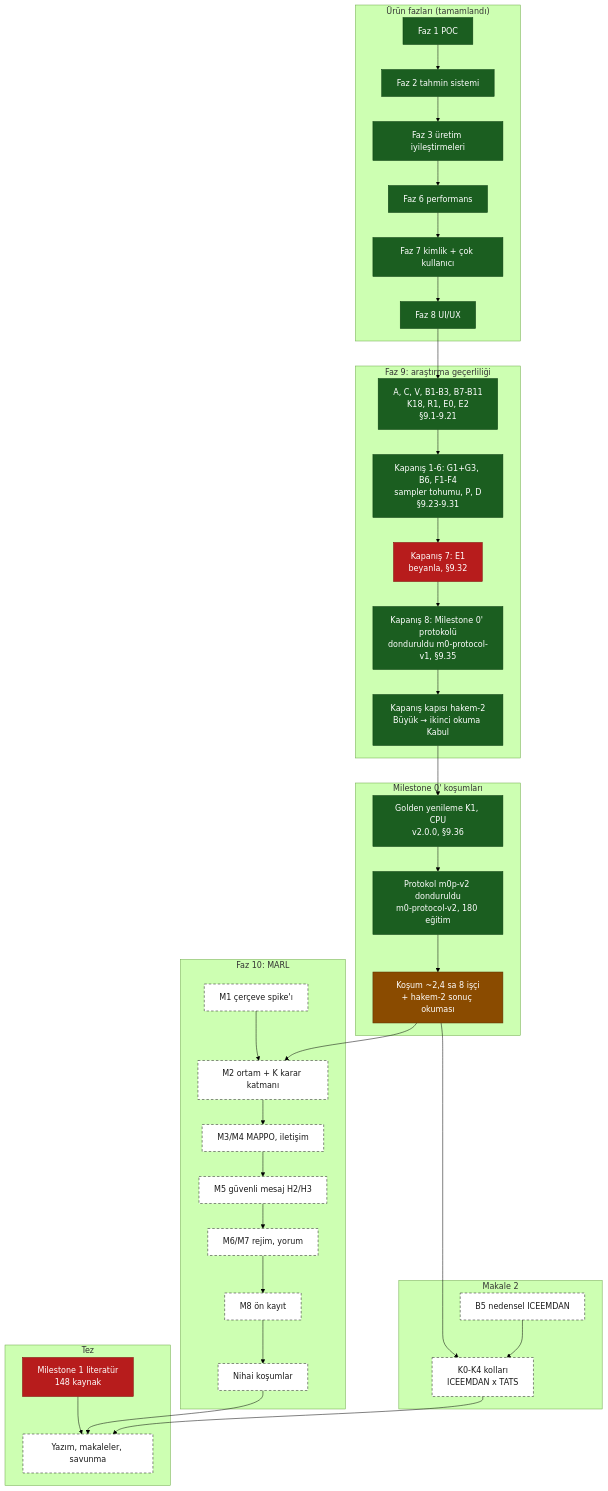
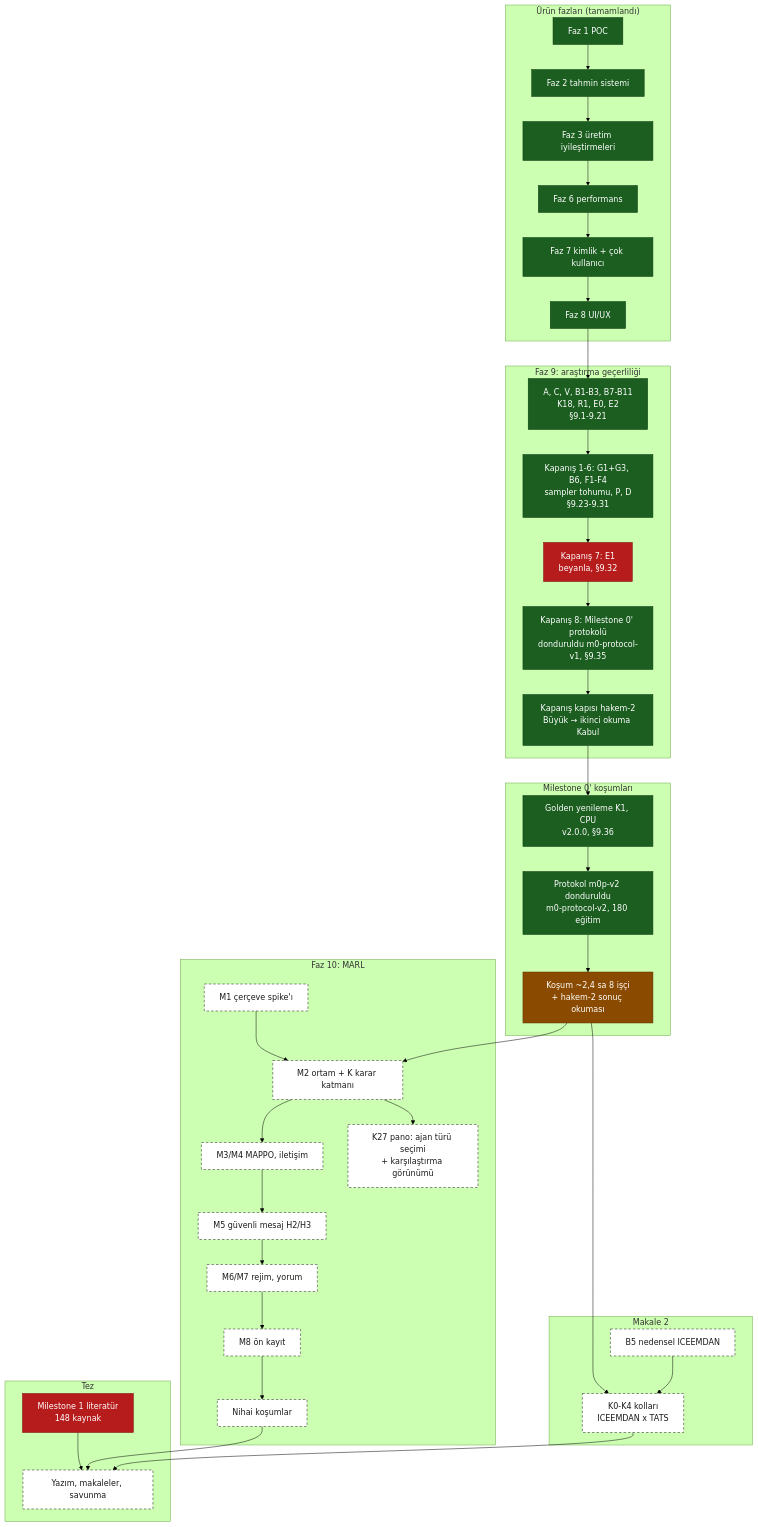
Before and after one commit to softdevcan/RL-Trading-Project: the second of 2 diagrams in docs/development/system-map.md, drawn with Mermaid (forest theme). The commit also changed other lines of this file and 1 other file, not shown here.

Commit message:
docs: Faz 10 K27 — pano ajan turu secimi (tek ajan / SARL / MARL) + yalniz esit kosullu karsilastirma gorunumu (kullanici karari)

````diff
--- a/docs/development/system-map.md
+++ b/docs/development/system-map.md
@@ -112,61 +112,63 @@
 ```mermaid
 flowchart TB
   classDef done fill:#1b5e20,stroke:#0b3d10,color:#ffffff
   classDef partial fill:#b71c1c,stroke:#7f0000,color:#ffffff
   classDef active fill:#8a4b00,stroke:#5a3000,color:#ffffff
   classDef decision fill:#4a148c,stroke:#2a0060,color:#ffffff
   classDef planned fill:#ffffff,stroke:#1a1a1a,stroke-dasharray:5 4,color:#1a1a1a
 
   subgraph URUN["Ürün fazları (tamamlandı)"]
     F1["Faz 1 POC"]:::done
     F2["Faz 2 tahmin sistemi"]:::done
     F3["Faz 3 üretim iyileştirmeleri"]:::done
     F6["Faz 6 performans"]:::done
     F7["Faz 7 kimlik + çok kullanıcı"]:::done
     F8["Faz 8 UI/UX"]:::done
   end
 
   subgraph F9["Faz 9: araştırma geçerliliği"]
     P9A["A, C, V, B1-B3, B7-B11<br/>K18, R1, E0, E2<br/>§9.1-9.21"]:::done
     P9B["Kapanış 1-6: G1+G3, B6, F1-F4<br/>sampler tohumu, P, D<br/>§9.23-9.31"]:::done
     P9E["Kapanış 7: E1<br/>beyanla, §9.32"]:::partial
     P9M["Kapanış 8: Milestone 0' protokolü<br/>donduruldu m0-protocol-v1, §9.35"]:::done
     H2["Kapanış kapısı hakem-2<br/>Büyük → ikinci okuma Kabul"]:::done
   end
 
   subgraph M0["Milestone 0' koşumları"]
     GOLD["Golden yenileme K1, CPU<br/>v2.0.0, §9.36"]:::done
     PRE["Protokol m0p-v2 donduruldu<br/>m0-protocol-v2, 180 eğitim"]:::done
     FIN["Koşum ~2,4 sa 8 işçi<br/>+ hakem-2 sonuç okuması"]:::active
   end
 
   subgraph M2P["Makale 2"]
     B5["B5 nedensel ICEEMDAN"]:::planned
     K0K4["K0-K4 kolları<br/>ICEEMDAN x TATS"]:::planned
   end
 
   subgraph F10["Faz 10: MARL"]
     M1["M1 çerçeve spike'ı"]:::planned
     M2["M2 ortam + K karar katmanı"]:::planned
     M34["M3/M4 MAPPO, iletişim"]:::planned
     M5["M5 güvenli mesaj H2/H3"]:::planned
     M67["M6/M7 rejim, yorum"]:::planned
     M8["M8 ön kayıt"]:::planned
     FINAL["Nihai koşumlar"]:::planned
+    K27["K27 pano: ajan türü seçimi<br/>+ karşılaştırma görünümü"]:::planned
   end
 
   subgraph TEZ["Tez"]
     T1["Milestone 1 literatür<br/>148 kaynak"]:::partial
     T4["Yazım, makaleler, savunma"]:::planned
   end
 
   F1 --> F2 --> F3 --> F6 --> F7 --> F8 --> P9A --> P9B --> P9E --> P9M --> H2
   H2 --> GOLD --> PRE --> FIN
   FIN --> K0K4
   B5 --> K0K4
   M1 --> M2
   FIN --> M2 --> M34 --> M5 --> M67 --> M8 --> FINAL
+  M2 --> K27
   T1 --> T4
   FINAL --> T4
   K0K4 --> T4
 ```
````
